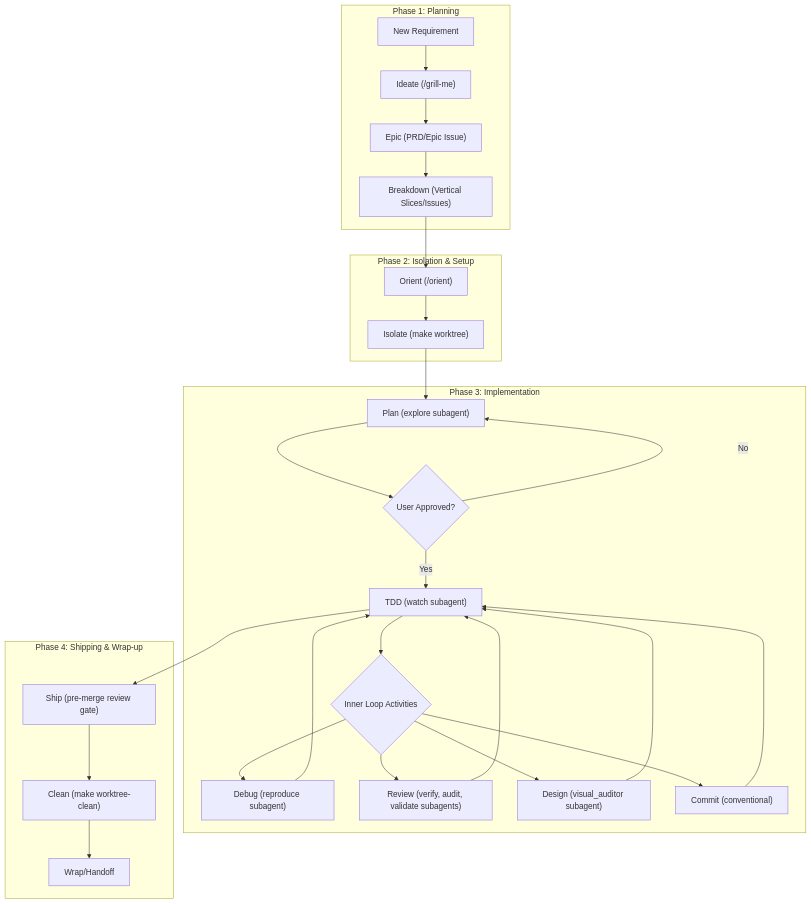
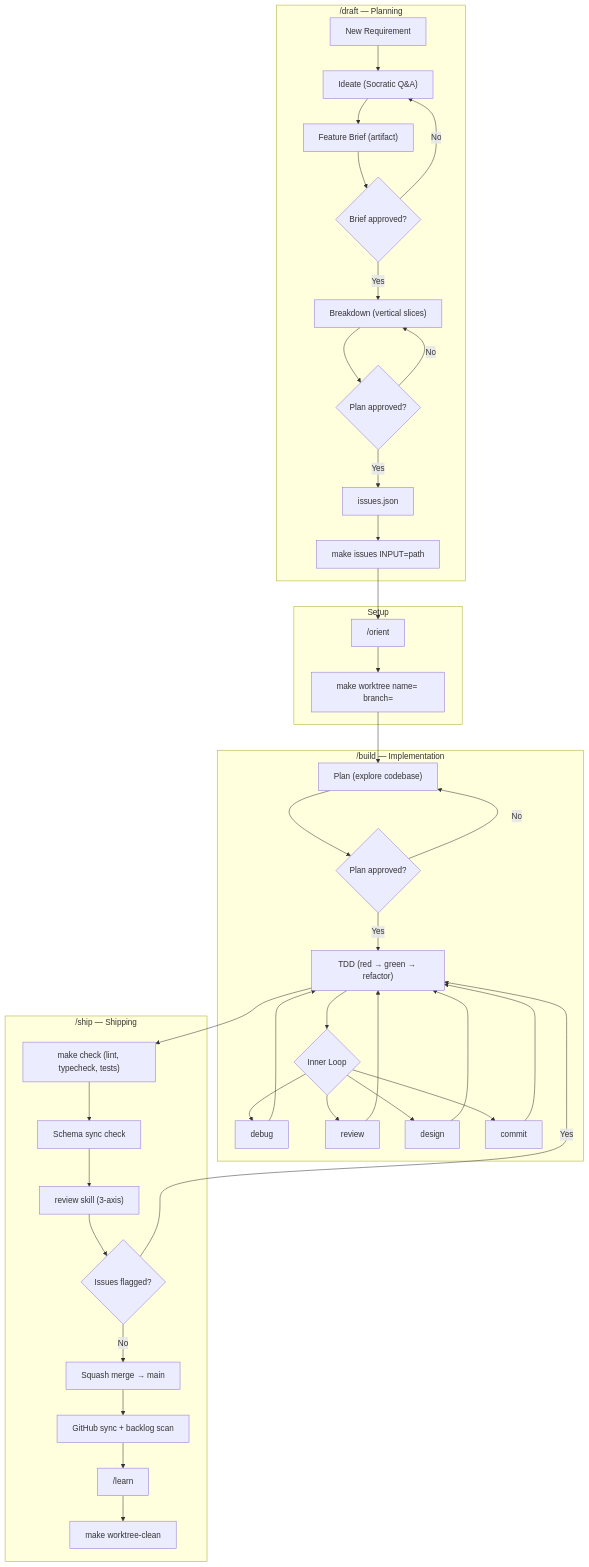
The diagram in docs/workflow.md (utsabbera/acme-salary-management), drawn with Mermaid before and after one commit. The commit also changed other lines of this file, not shown here.

Commit message:
docs(workflow): rewrite to reflect draft/build/ship workflow lifecycle

````diff
--- a/docs/workflow.md
+++ b/docs/workflow.md
@@ -5,41 +5,53 @@
 ```mermaid
 graph TD
-    %% Phase 1: Planning
-    subgraph P1["Phase 1: Planning"]
-        Req[New Requirement] --> Ideate["Ideate (/grill-me)"]
-        Ideate --> Epic["Epic (PRD/Epic Issue)"]
-        Epic --> Breakdown["Breakdown (Vertical Slices/Issues)"]
+    %% Phase 1: Draft
+    subgraph P1["/draft — Planning"]
+        Req[New Requirement] --> Ideate["Ideate (Socratic Q&A)"]
+        Ideate --> Brief["Feature Brief (artifact)"]
+        Brief --> Gate1{Brief approved?}
+        Gate1 -- No --> Ideate
+        Gate1 -- Yes --> Breakdown["Breakdown (vertical slices)"]
+        Breakdown --> Gate2{Plan approved?}
+        Gate2 -- No --> Breakdown
+        Gate2 -- Yes --> JSON["issues.json"]
+        JSON --> MakeIssues["make issues INPUT=path"]
     end
 
     %% Phase 2: Setup
-    subgraph P2["Phase 2: Isolation & Setup"]
-        Breakdown --> Orient["Orient (/orient)"]
-        Orient --> Isolate["Isolate (make worktree)"]
+    subgraph P2["Setup"]
+        MakeIssues --> Orient["/orient"]
+        Orient --> Worktree["make worktree name= branch="]
     end
 
-    %% Phase 3: Implementation
-    subgraph P3["Phase 3: Implementation"]
-        Isolate --> Plan["Plan (explore subagent)"]
-        Plan --> UserApprove{User Approved?}
-        UserApprove -- No --> Plan
-        UserApprove -- Yes --> TDD["TDD (watch subagent)"]
-        
-        TDD --> InnerLoop{Inner Loop Activities}
-        InnerLoop --> Debug["Debug (reproduce subagent)"]
-        InnerLoop --> Review["Review (verify, audit, validate subagents)"]
-        InnerLoop --> Design["Design (visual_auditor subagent)"]
-        InnerLoop --> Commit["Commit (conventional)"]
-        
+    %% Phase 3: Build
+    subgraph P3["/build — Implementation"]
+        Worktree --> Plan["Plan (explore codebase)"]
+        Plan --> Gate3{Plan approved?}
+        Gate3 -- No --> Plan
+        Gate3 -- Yes --> TDD["TDD (red → green → refactor)"]
+
+        TDD --> InnerLoop{Inner Loop}
+        InnerLoop --> Debug["debug"]
+        InnerLoop --> Review["review"]
+        InnerLoop --> Design["design"]
+        InnerLoop --> Commit["commit"]
+
         Debug --> TDD
         Review --> TDD
         Design --> TDD
         Commit --> TDD
     end
 
-    %% Phase 4: Shipping
-    subgraph P4["Phase 4: Shipping & Wrap-up"]
-        TDD --> Ship["Ship (pre-merge review gate)"]
-        Ship --> Clean["Clean (make worktree-clean)"]
-        Clean --> Wrap["Wrap/Handoff"]
+    %% Phase 4: Ship
+    subgraph P4["/ship — Shipping"]
+        TDD --> Check["make check (lint, typecheck, tests)"]
+        Check --> SchemaSync["Schema sync check"]
+        SchemaSync --> AIReview["review skill (3-axis)"]
+        AIReview --> Gate4{Issues flagged?}
+        Gate4 -- Yes --> TDD
+        Gate4 -- No --> Merge["Squash merge → main"]
+        Merge --> GHSync["GitHub sync + backlog scan"]
+        GHSync --> Learn["/learn"]
+        Learn --> Clean["make worktree-clean"]
     end
 ```
````
